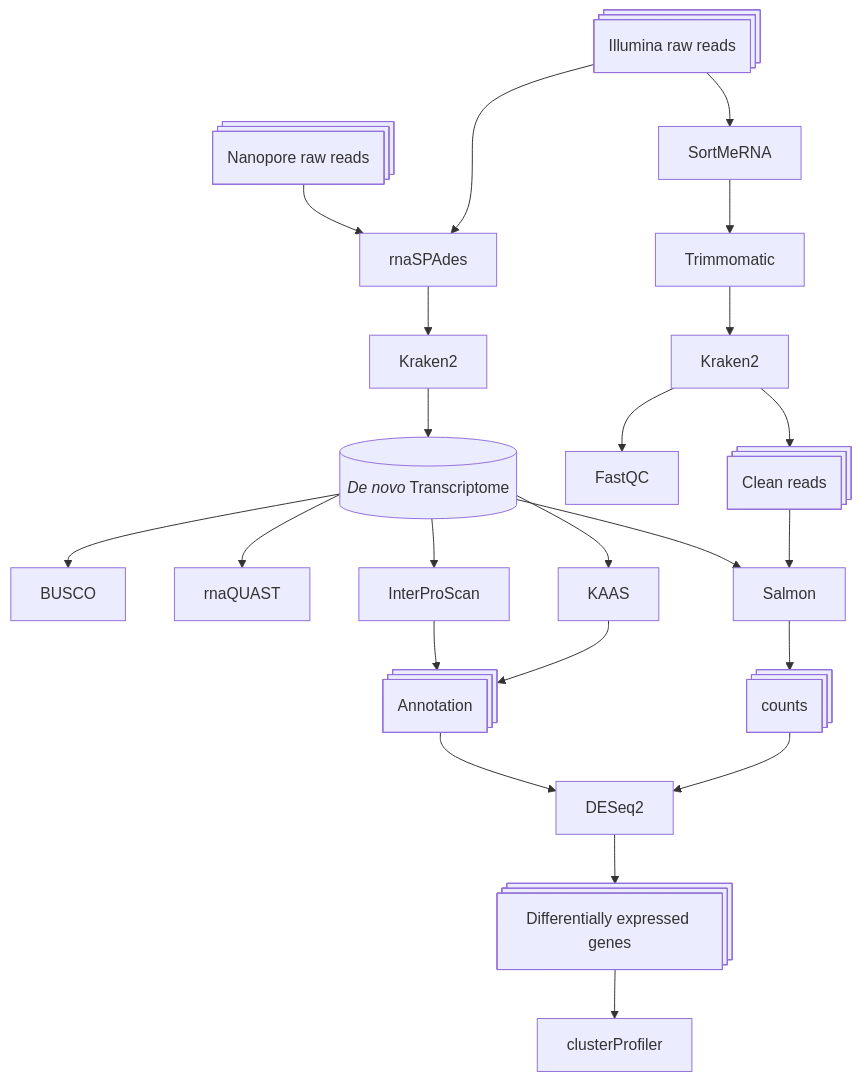
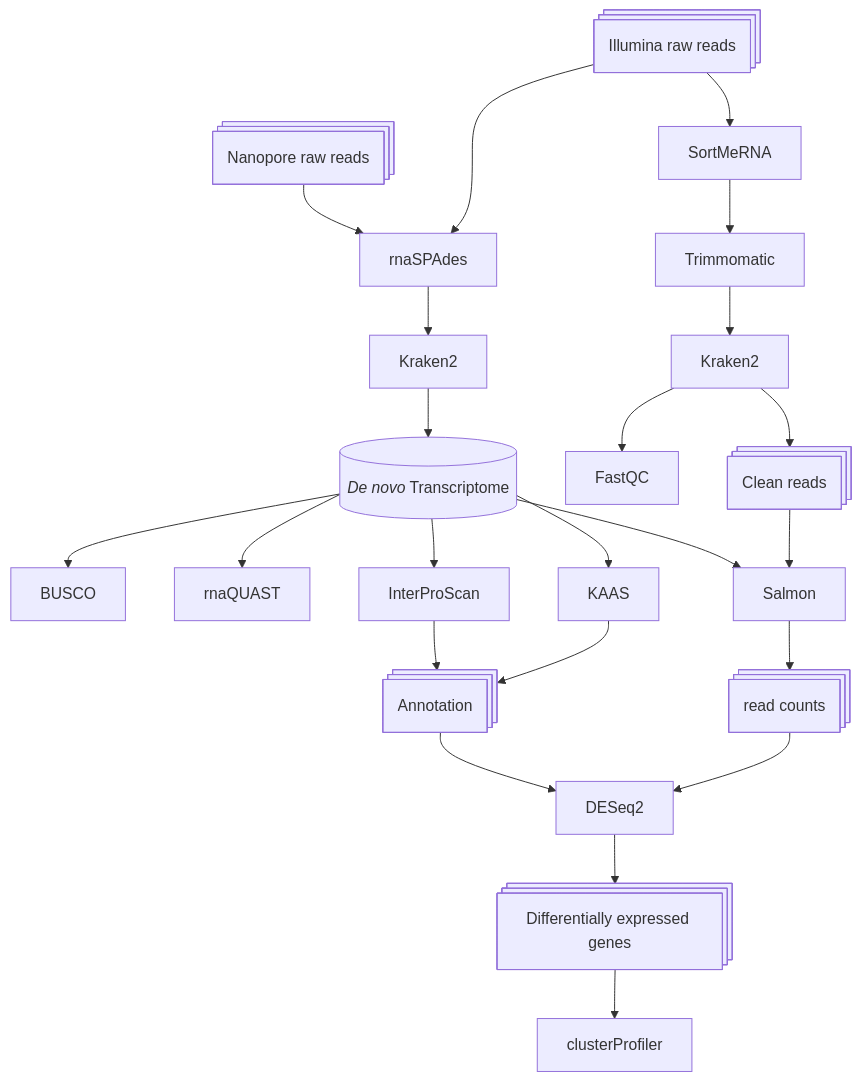
One commit to kuprinak/Phragmites_drought_RNAseq changed the diagram in README.md. Above: the diagram before and after it, drawn with Mermaid. The commit also changed other lines of this file, not shown here.

````diff
--- a/README.md
+++ b/README.md
@@ -18,25 +18,25 @@
 ```mermaid
 flowchart TB
     A@{shape: procs, label: "Illumina raw reads"} --> B[SortMeRNA];
 AA@{shape: procs, label: "Nanopore raw reads"} --> G[rnaSPAdes];
 K2 -->T@{shape: cyl, label: "_De novo_ Transcriptome"};
     B --> C[Trimmomatic];
     C --> K[Kraken2];
     K --> E[FastQC];
     K --> F@{shape: procs, label: "Clean reads"};
     A --> G[rnaSPAdes];
     G --> K2[Kraken2];
     T --> BU[BUSCO];
     T --> Q[rnaQUAST];
     T --> I[InterProScan];
     I --> An@{shape: procs, label: "Annotation"};
     KAAS --> An@{shape: procs, label: "Annotation"};
     An --> R;
     T --> KAAS[KAAS];  
     T --> S[Salmon];
     F --> S[Salmon];
-    S --> q@{shape: procs, label: "counts"};
+    S --> q@{shape: procs, label: "read counts"};
     q --> R[DESeq2];
     R --> DEG@{shape: procs, label: "Differentially expressed genes"};
     DEG --> cl[clusterProfiler];
 ```
````
